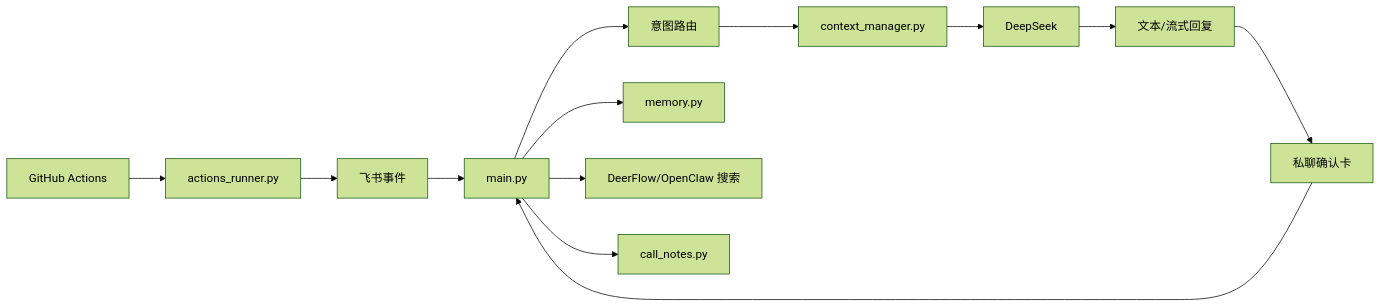
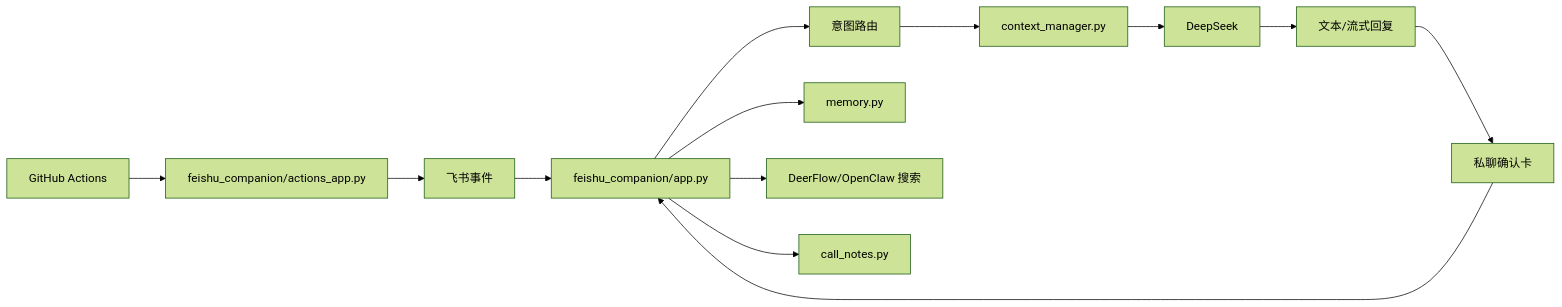
One commit to yuaiccc/feishu-companion-bot changed the diagram in README.md. Above: the diagram before and after it, drawn with Mermaid (forest theme). The commit also changed other lines of this file and 16 other files, not shown here.

````diff
--- a/README.md
+++ b/README.md
@@ -20,15 +40,15 @@
 ```mermaid
 flowchart LR
-  A["飞书事件"] --> B["main.py"]
+  A["飞书事件"] --> B["feishu_companion/app.py"]
   B --> C["意图路由"]
   C --> D["context_manager.py"]
   D --> E["DeepSeek"]
   E --> F["文本/流式回复"]
   F --> G["私聊确认卡"]
   G --> B
   B --> H["memory.py"]
   B --> I["DeerFlow/OpenClaw 搜索"]
   B --> J["call_notes.py"]
-  K["GitHub Actions"] --> L["actions_runner.py"]
+  K["GitHub Actions"] --> L["feishu_companion/actions_app.py"]
   L --> A
 ```
````
